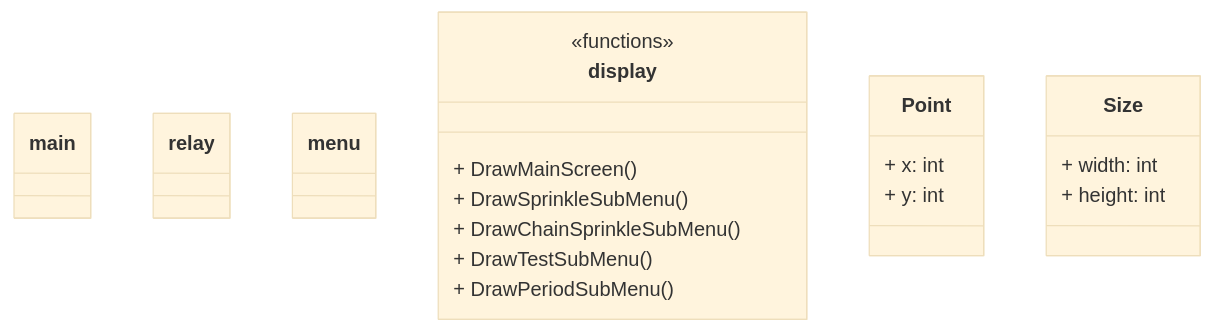
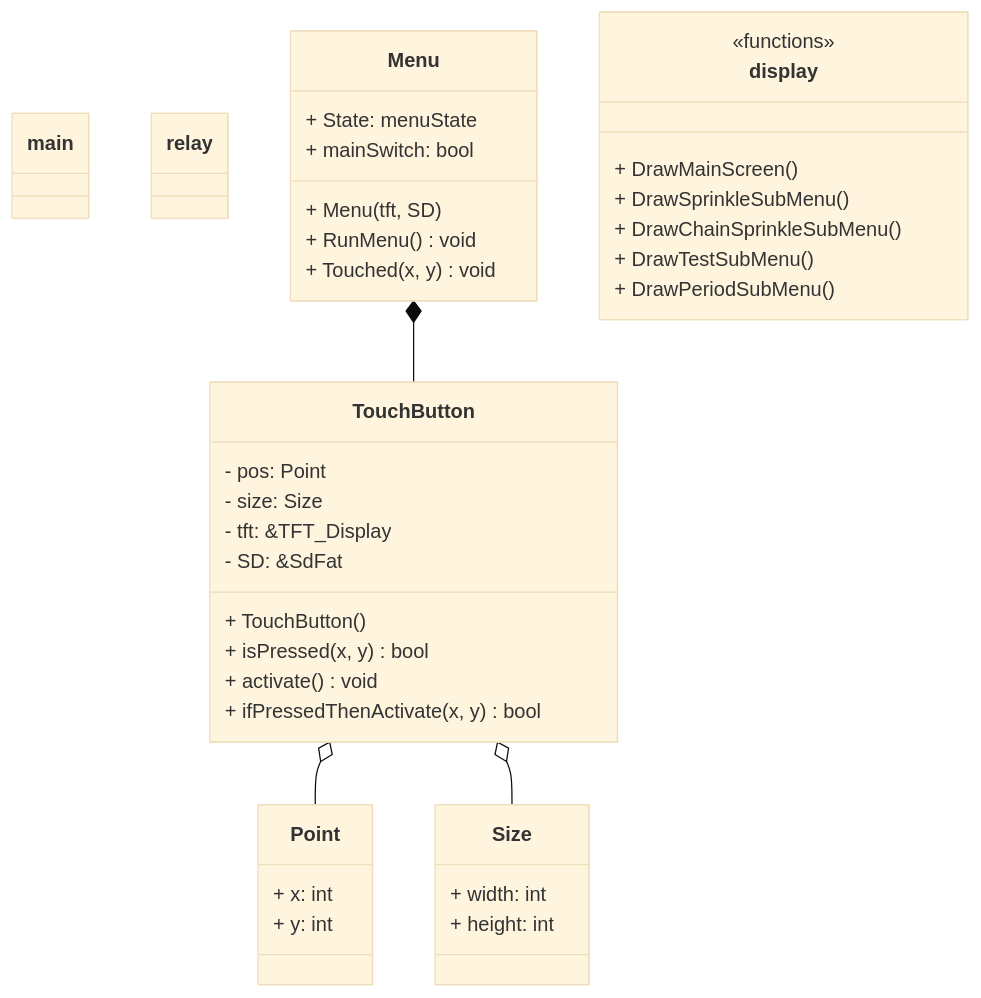
One commit to Spyro1/SprinkleSystem changed the diagram in Locsolorendszer_24_02/DEV-MANUAL.md. Above: the diagram before and after it, drawn with Mermaid (base theme). The commit also changed other lines of this file and 8 other files, not shown here.

````diff
--- a/Locsolorendszer_24_02/DEV-MANUAL.md
+++ b/Locsolorendszer_24_02/DEV-MANUAL.md
@@ -96,30 +96,49 @@
 ```mermaid
 classDiagram
 
     class main{
 
     }
     class relay{
-        
+
     }
-    class menu{
-
+    class Menu{
+      + State: menuState
+      + mainSwitch: bool
+      + Menu(tft, SD)
+      + RunMenu() void
+      + Touched(x, y) void
     }
     class display{
       <<functions>>
         + DrawMainScreen()
         + DrawSprinkleSubMenu()
-        + DrawChainSprinkleSubMenu() 
+        + DrawChainSprinkleSubMenu()
         + DrawTestSubMenu()
         + DrawPeriodSubMenu()
     }
     class Point{
       + x: int
       + y: int
     }
     class Size{
       + width: int
       + height: int
     }
+    class TouchButton{
+      - pos: Point
+      - size: Size
+      - tft: &TFT_Display
+      - SD: &SdFat
+      + TouchButton()
+      + isPressed(x, y) bool
+      + activate() void
+      + ifPressedThenActivate(x, y) bool
+    }
+
+    Menu *-- TouchButton
+
+    TouchButton o-- Point
+    TouchButton o-- Size
 
 ```
````
